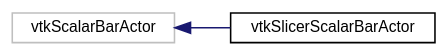
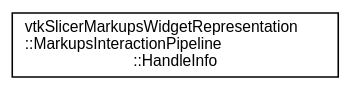
Before and after one commit to jamesobutler/apidocs.slicer.org: the diagram in master/inherit_graph_165.dot, drawn with Graphviz. The commit also changed 4823 other files, not shown here.

```diff
--- a/master/inherit_graph_165.dot
+++ b/master/inherit_graph_165.dot
@@ -1,10 +1,8 @@
 digraph "Graphical Class Hierarchy"
 {
   bgcolor="transparent";
   edge [fontname="Helvetica",fontsize="10",labelfontname="Helvetica",labelfontsize="10"];
   node [fontname="Helvetica",fontsize="10",shape=record];
   rankdir="LR";
-  Node29 [label="vtkScalarBarActor",height=0.2,width=0.4,color="grey75"];
-  Node29 -> Node0 [dir="back",color="midnightblue",fontsize="10",style="solid",fontname="Helvetica"];
-  Node0 [label="vtkSlicerScalarBarActor",height=0.2,width=0.4,color="black",URL="$classvtkSlicerScalarBarActor.html"];
+  Node0 [label="vtkSlicerMarkupsWidgetRepresentation\l::MarkupsInteractionPipeline\l::HandleInfo",height=0.2,width=0.4,color="black",URL="$structvtkSlicerMarkupsWidgetRepresentation_1_1MarkupsInteractionPipeline_1_1HandleInfo.html"];
 }
```
